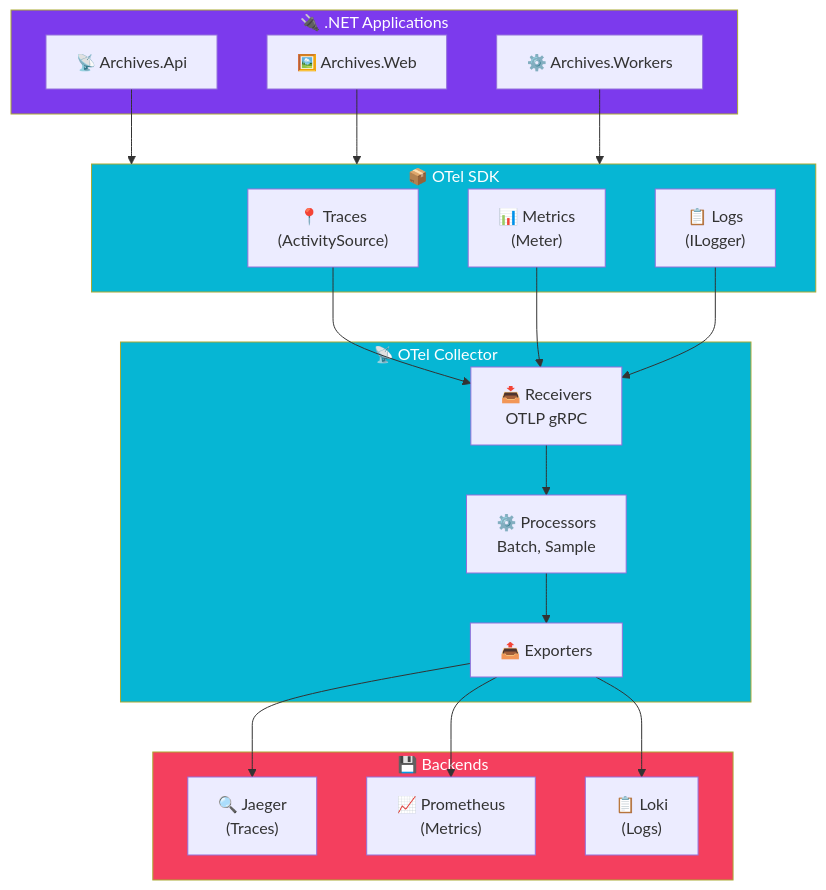
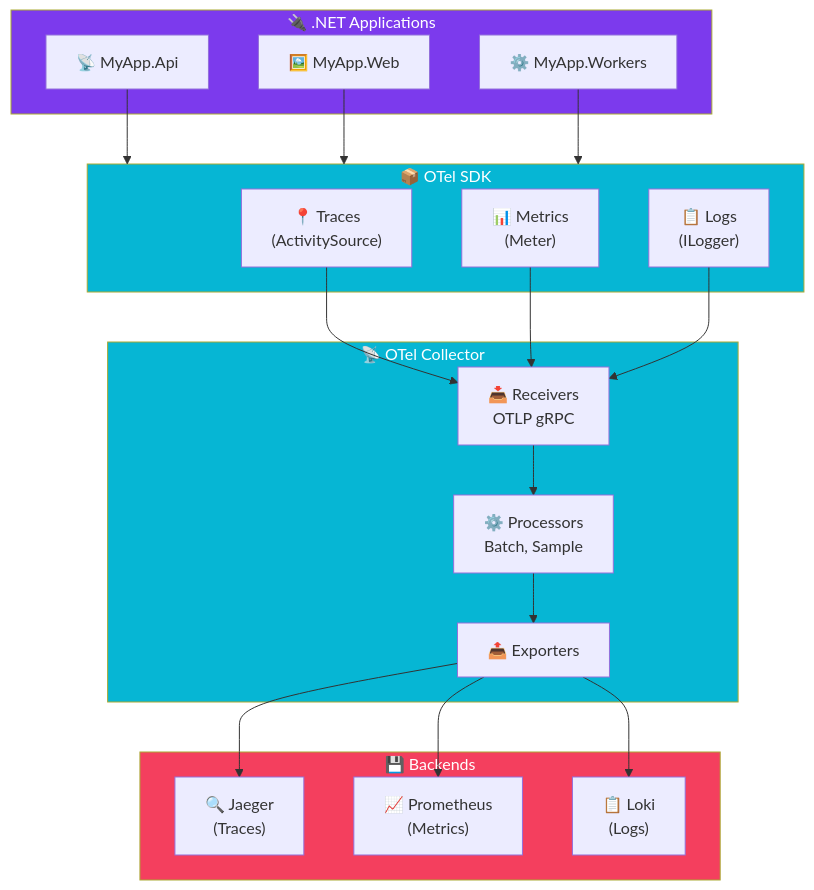
Before and after one commit to viktorrobin/bluerobin-blog: the diagram in src/content/blog/opentelemetry-instrumentation-dotnet.mdx, drawn with Mermaid. The commit also changed other lines of this file and 111 other files, not shown here.

````diff
--- a/src/content/blog/opentelemetry-instrumentation-dotnet.mdx
+++ b/src/content/blog/opentelemetry-instrumentation-dotnet.mdx
@@ -36,47 +36,47 @@
 ```mermaid
 flowchart TB
     subgraph Apps["🔌 .NET Applications"]
-        API["📡 Archives.Api"]
-        Web["🖼️ Archives.Web"]
-        Workers["⚙️ Archives.Workers"]
+        API["📡 MyApp.Api"]
+        Web["🖼️ MyApp.Web"]
+        Workers["⚙️ MyApp.Workers"]
     end
 
     subgraph SDK["📦 OTel SDK"]
         Traces["📍 Traces\n(ActivitySource)"]
         Metrics["📊 Metrics\n(Meter)"]
         Logs["📋 Logs\n(ILogger)"]
     end
 
     subgraph Collector["📡 OTel Collector"]
         Recv["📥 Receivers\nOTLP gRPC"]
         Proc["⚙️ Processors\nBatch, Sample"]
         Exp["📤 Exporters"]
     end
 
     subgraph Backends["💾 Backends"]
         Jaeger["🔍 Jaeger\n(Traces)"]
         Prom["📈 Prometheus\n(Metrics)"]
         Loki["📋 Loki\n(Logs)"]
     end
 
     API --> SDK
     Web --> SDK
     Workers --> SDK
     
     Traces --> Recv
     Metrics --> Recv
     Logs --> Recv
     
     Recv --> Proc --> Exp
     Exp --> Jaeger
     Exp --> Prom
     Exp --> Loki
 
     classDef primary fill:#7c3aed,color:#fff
     classDef secondary fill:#06b6d4,color:#fff
     classDef db fill:#f43f5e,color:#fff
     classDef warning fill:#fbbf24,color:#000
     class Apps primary
     class SDK,Collector secondary
     class Backends db
 ```
````
